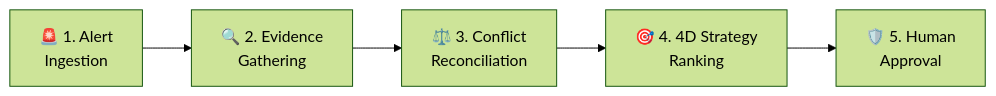
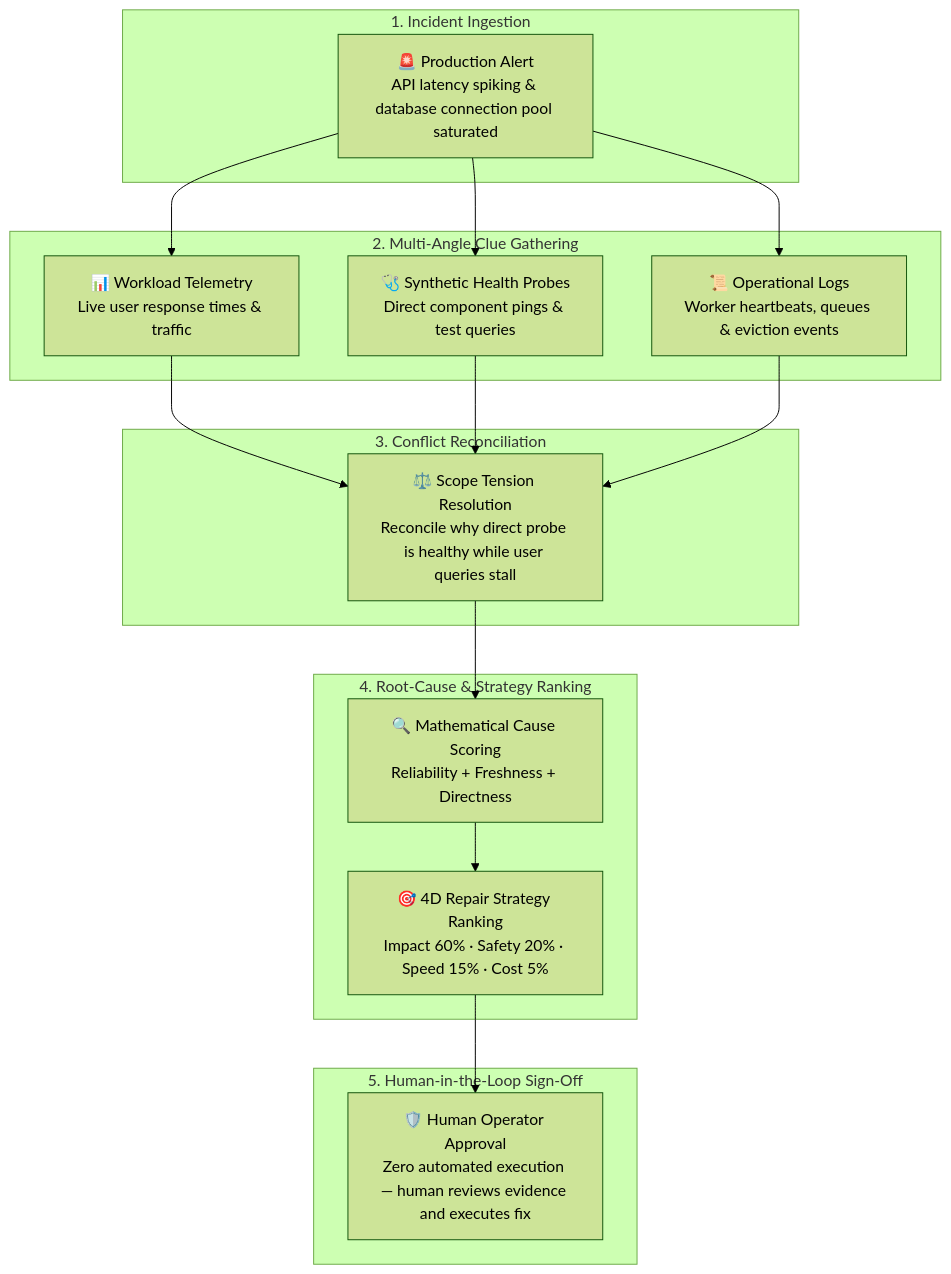
Before and after one commit to AnasBabari/LEC_AI: the second of 3 diagrams in README.md, drawn with Mermaid (forest theme). The commit also changed other lines of this file, not shown here.

First line of the commit message:
docs(readme): restore rich structured Mermaid architecture with presentable layouts and concise takeaways

````diff
--- a/README.md
+++ b/README.md
@@ -102,7 +134,37 @@
 ```mermaid
-flowchart LR
-    S1["🚨 1. Alert<br/>Ingestion"] --> S2["🔍 2. Evidence<br/>Gathering"]
-    S2 --> S3["⚖️ 3. Conflict<br/>Reconciliation"]
-    S3 --> S4["🎯 4. 4D Strategy<br/>Ranking"]
-    S4 --> S5["🛡️ 5. Human<br/>Approval"]
+flowchart TD
+    subgraph S1["1. Incident Ingestion"]
+        Alert["🚨 Production Alert<br/>API latency spiking & database connection pool saturated"]
+    end
+
+    subgraph S2["2. Multi-Angle Clue Gathering"]
+        Telemetry["📊 Workload Telemetry<br/>Live user response times & traffic"]
+        Probes["🩺 Synthetic Health Probes<br/>Direct component pings & test queries"]
+        Logs["📜 Operational Logs<br/>Worker heartbeats, queues & eviction events"]
+    end
+
+    subgraph S3["3. Conflict Reconciliation"]
+        Tension["⚖️ Scope Tension Resolution<br/>Reconcile why direct probe is healthy while user queries stall"]
+    end
+
+    subgraph S4["4. Root-Cause & Strategy Ranking"]
+        Causes["🔍 Mathematical Cause Scoring<br/>Reliability + Freshness + Directness"]
+        Repairs["🎯 4D Repair Strategy Ranking<br/>Impact 60% · Safety 20% · Speed 15% · Cost 5%"]
+    end
+
+    subgraph S5["5. Human-in-the-Loop Sign-Off"]
+        Approval["🛡️ Human Operator Approval<br/>Zero automated execution — human reviews evidence and executes fix"]
+    end
+
+    Alert --> Telemetry
+    Alert --> Probes
+    Alert --> Logs
+
+    Telemetry --> Tension
+    Probes --> Tension
+    Logs --> Tension
+
+    Tension --> Causes
+    Causes --> Repairs
+    Repairs --> Approval
 ```
````
